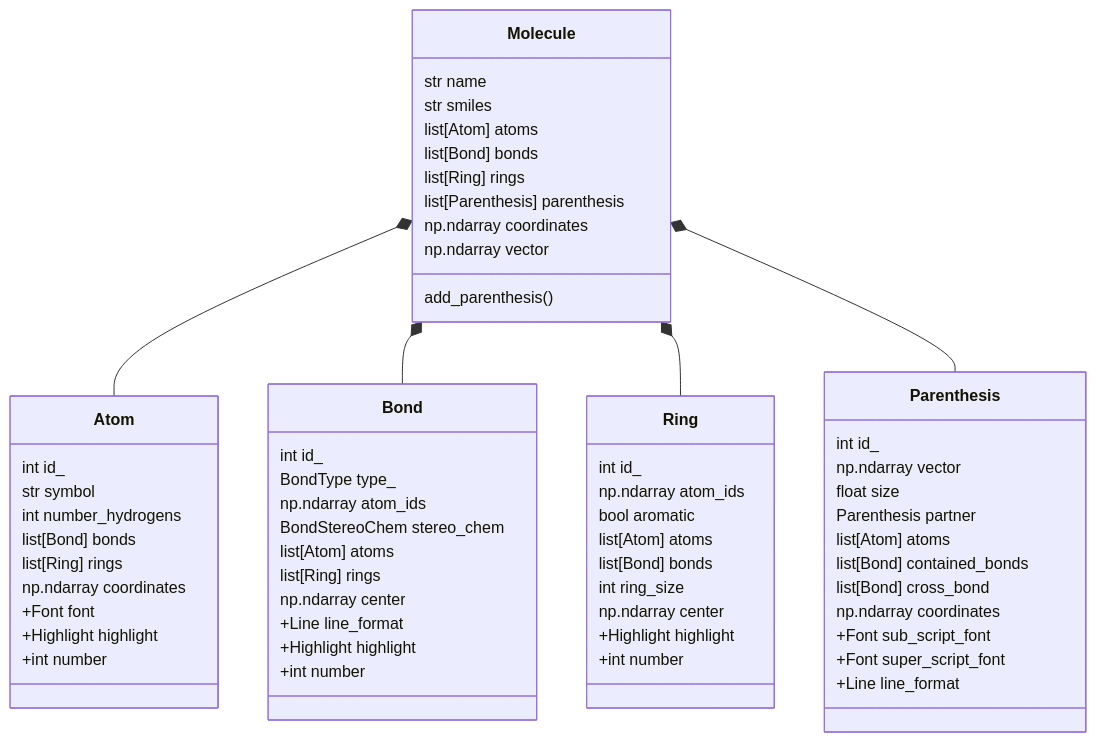
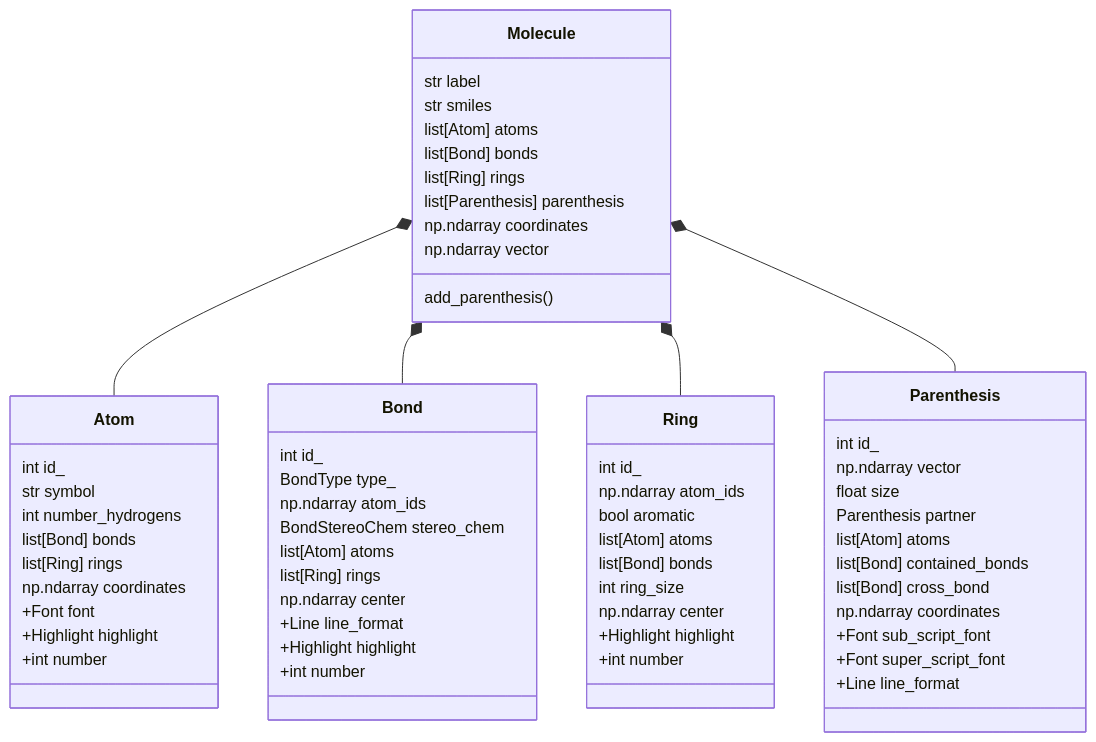
One commit to dylanwal/chemistry_drawer changed the first of 2 diagrams in chemdraw/README.md. Above: the diagram before and after it, drawn with Mermaid. The commit also changed 9 other files, not shown here.

Commit message:
change Drawer.title and Molecule.name to just Molecule.label to add unified way to add label

````diff
--- a/chemdraw/README.md
+++ b/chemdraw/README.md
@@ -18,71 +18,71 @@
 ```mermaid
 classDiagram
     Molecule *-- Atom
     Molecule *-- Bond
     Molecule *-- Ring
     Molecule *-- Parenthesis
     
     class Molecule{
-        str name
+        str label
         str smiles
         list[Atom] atoms
         list[Bond] bonds
         list[Ring] rings
         list[Parenthesis] parenthesis
         np.ndarray coordinates
         np.ndarray vector
         add_parenthesis()
     }
     
     class Atom{
         int id_
         str symbol
         int number_hydrogens
         list[Bond] bonds
         list[Ring] rings
         np.ndarray coordinates
         +Font font
         +Highlight highlight
         +int number
     }
     
     class Bond{
         int id_
         BondType type_
         np.ndarray atom_ids
         BondStereoChem stereo_chem
         list[Atom] atoms
         list[Ring] rings
         np.ndarray center
         +Line line_format
         +Highlight highlight
         +int number
     }
     
     class Ring{
         int id_
         np.ndarray atom_ids
         bool aromatic
         list[Atom] atoms
         list[Bond] bonds
         int ring_size
         np.ndarray center
         +Highlight highlight
         +int number
     }
     
     class Parenthesis{
         int id_
         np.ndarray vector
         float size
         Parenthesis partner
         list[Atom] atoms
         list[Bond] contained_bonds
         list[Bond] cross_bond
         np.ndarray coordinates
         +Font sub_script_font
         +Font super_script_font
         +Line line_format
     }
 
 ```
````
